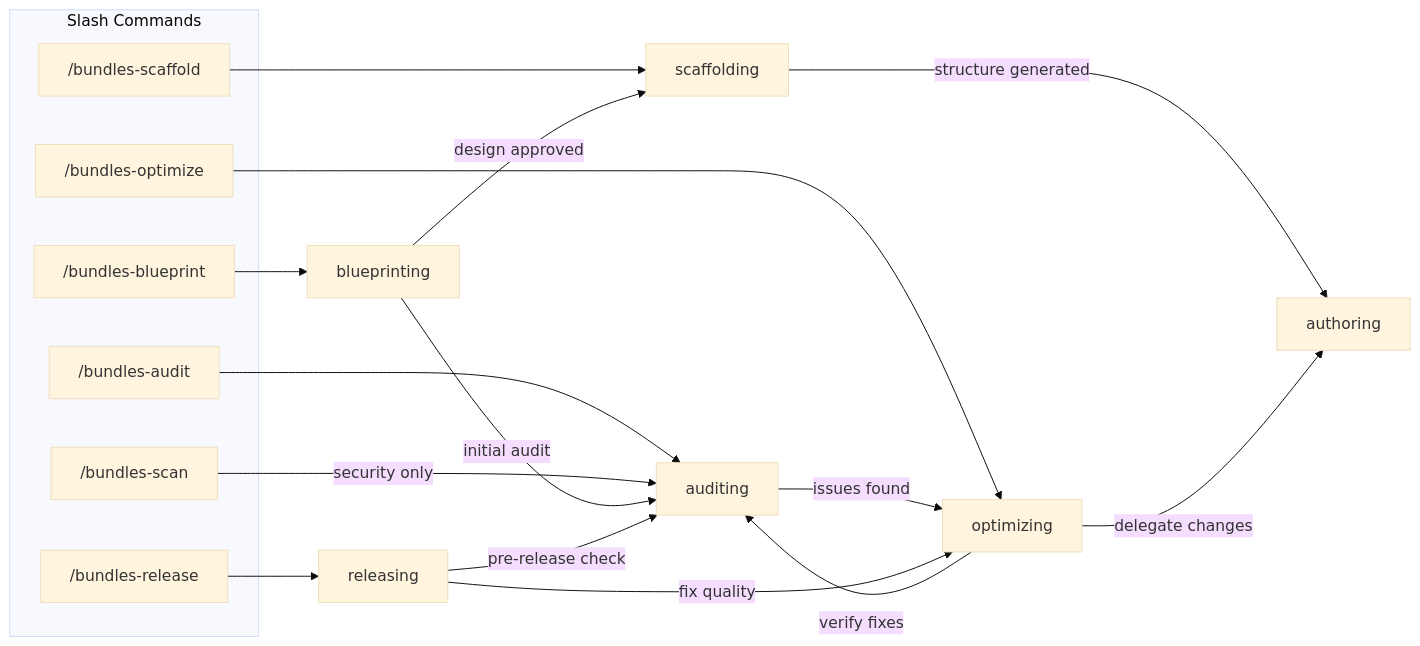
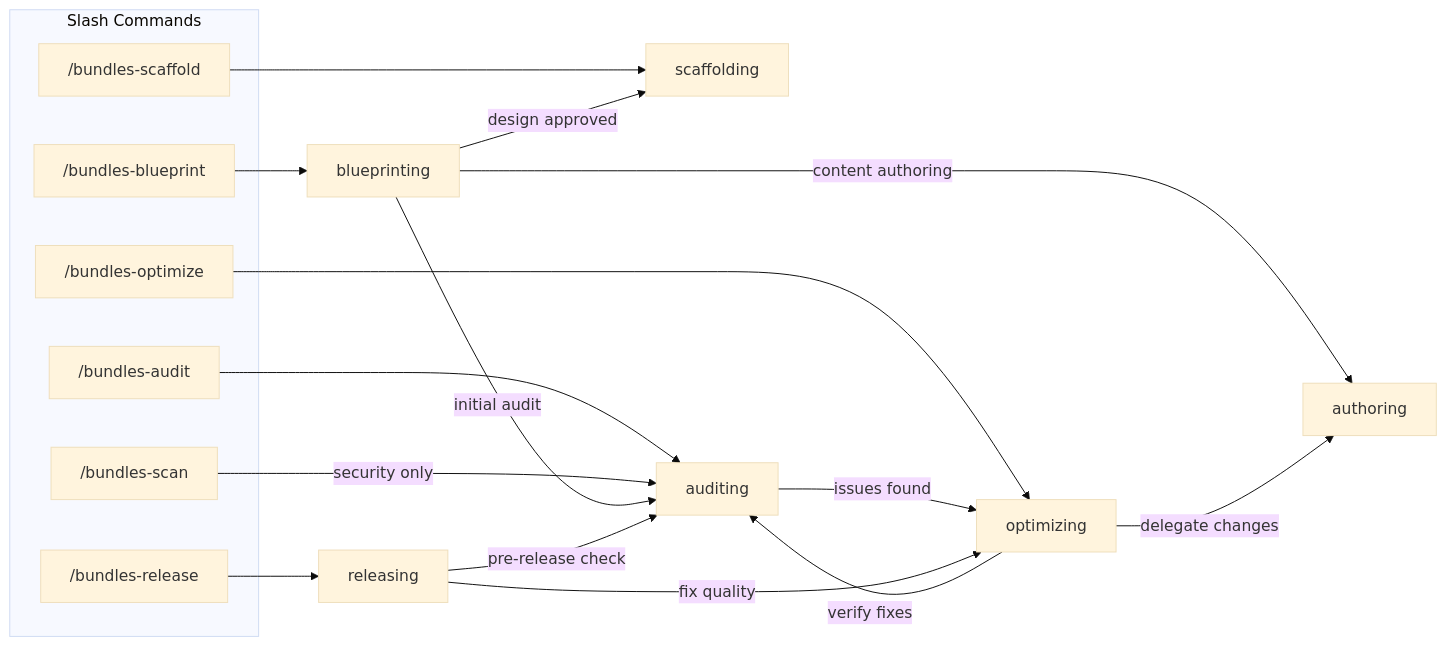
The third of 3 diagrams in README.md (OdradekAI/skill-engineering-guide), drawn with Mermaid (base theme) before and after one commit. The commit also changed other lines of this file and 6 other files, not shown here.

First line of the commit message:
docs: update blueprinting and authoring guides for clarity and consistency

````diff
--- a/README.md
+++ b/README.md
@@ -185,27 +184,27 @@
 ```mermaid
 flowchart LR
     subgraph commands [Slash Commands]
         CMD_BP["/bundles-blueprint"]
         CMD_SF["/bundles-scaffold"]
         CMD_AU["/bundles-audit"]
         CMD_OP["/bundles-optimize"]
         CMD_RE["/bundles-release"]
         CMD_SC["/bundles-scan"]
     end
 
     CMD_BP --> blueprinting
     CMD_SF --> scaffolding
     CMD_AU --> auditing
     CMD_OP --> optimizing
     CMD_RE --> releasing
     CMD_SC -->|"security only"| auditing
 
     blueprinting -->|"design approved"| scaffolding
+    blueprinting -->|"content authoring"| authoring
     blueprinting -->|"initial audit"| auditing
-    scaffolding -->|"structure generated"| authoring
     auditing -->|"issues found"| optimizing
     optimizing -->|"delegate changes"| authoring
     optimizing -->|"verify fixes"| auditing
     releasing -->|"pre-release check"| auditing
     releasing -->|"fix quality"| optimizing
 ```
````
